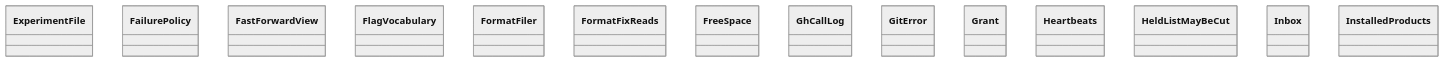
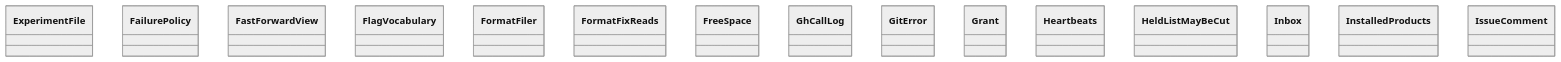
One commit to GonzaloZevallos/agentic-system changed the diagram in docs/architecture/generated/classes-process-application-support-3.md. Above: the diagram before and after it, drawn with Mermaid (neutral theme). The commit also changed 18 other files, not shown here.

````diff
--- a/docs/architecture/generated/classes-process-application-support-3.md
+++ b/docs/architecture/generated/classes-process-application-support-3.md
@@ -21,17 +21,18 @@
 ```mermaid
 classDiagram
     class ports__ExperimentFile["ExperimentFile"]
     class ports__FailurePolicy["FailurePolicy"]
     class ports__FastForwardView["FastForwardView"]
     class ports__FlagVocabulary["FlagVocabulary"]
     class ports__FormatFiler["FormatFiler"]
     class ports__FormatFixReads["FormatFixReads"]
     class ports__FreeSpace["FreeSpace"]
     class ports__GhCallLog["GhCallLog"]
     class ports__GitError["GitError"]
     class ports__Grant["Grant"]
     class ports__Heartbeats["Heartbeats"]
     class ports__HeldListMayBeCut["HeldListMayBeCut"]
     class ports__Inbox["Inbox"]
     class ports__InstalledProducts["InstalledProducts"]
+    class ports__IssueComment["IssueComment"]
 ```
````
